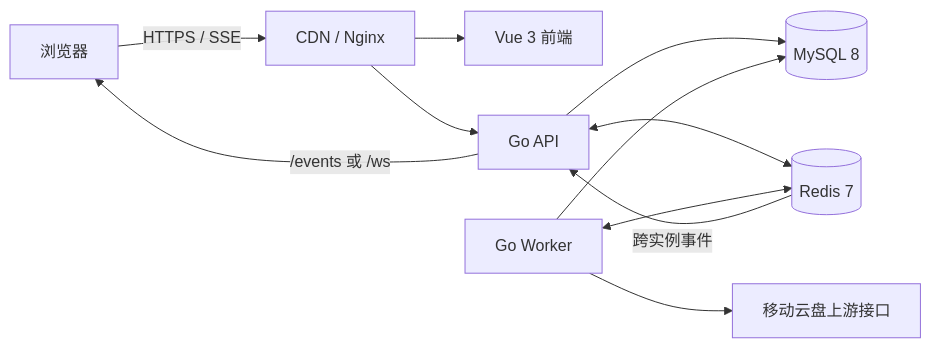
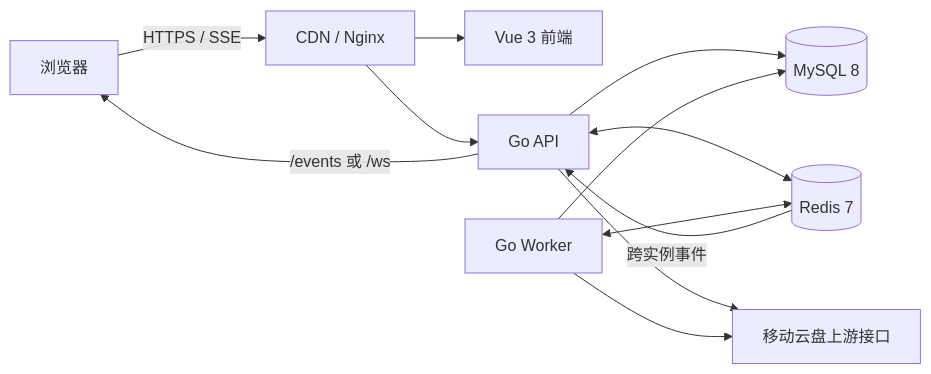
The diagram in README.md (3238614968/caiyun), drawn with Mermaid before and after one commit. The commit also changed other lines of this file and 3 other files, not shown here.

````diff
--- a/README.md
+++ b/README.md
@@ -44,13 +73,14 @@
 ```mermaid
 flowchart LR
   Browser[浏览器] -->|HTTPS / SSE| Edge[CDN / Nginx]
   Edge --> Frontend[Vue 3 前端]
   Edge --> API[Go API]
   API --> MySQL[(MySQL 8)]
   API <--> Redis[(Redis 7)]
+  API --> Upstream
   Worker[Go Worker] <--> Redis
   Worker --> MySQL
   Worker --> Upstream[移动云盘上游接口]
   Redis -->|跨实例事件| API
   API -->|/events 或 /ws| Browser
 ```
````
